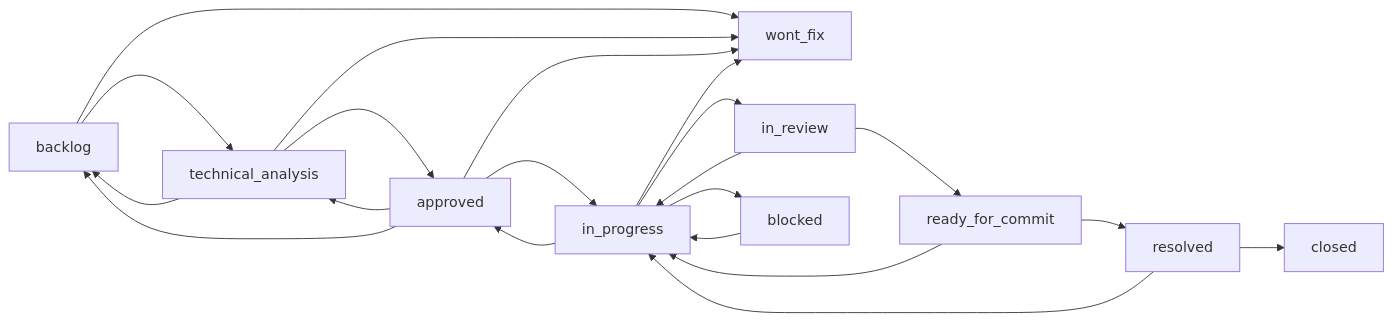
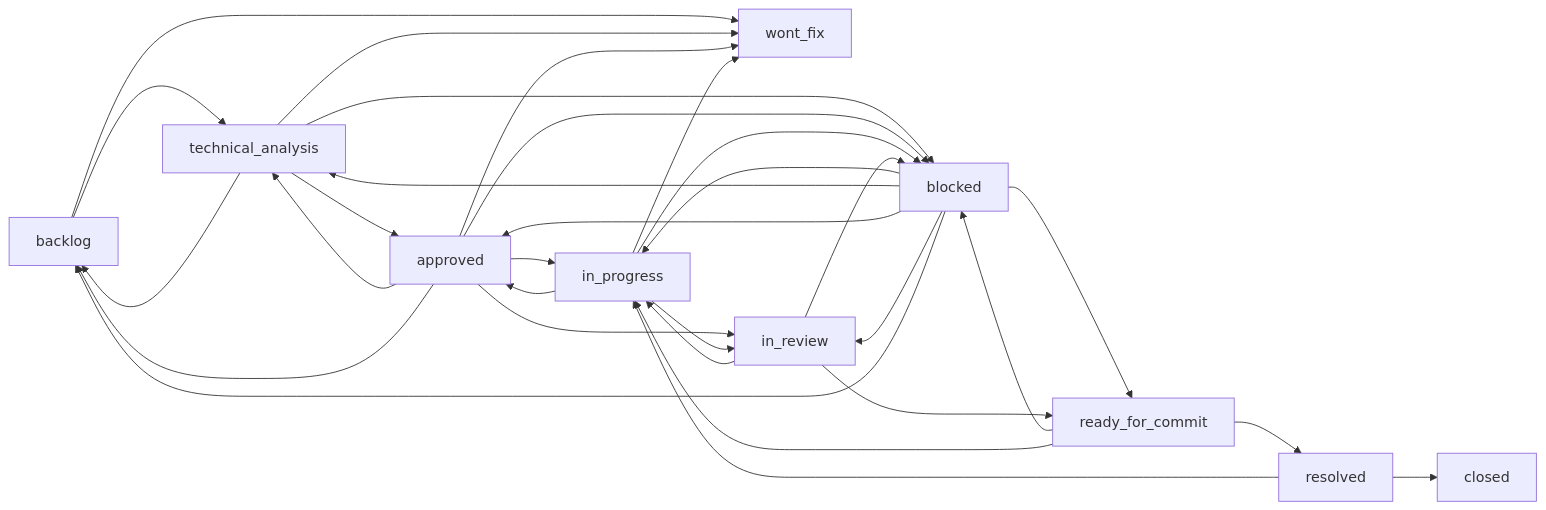
The diagram in docs/ticket-workflow.md (xpm-cmd/Monsthera), drawn with Mermaid before and after one commit. The commit also changed other lines of this file and 27 other files, not shown here.

````diff
--- a/docs/ticket-workflow.md
+++ b/docs/ticket-workflow.md
@@ -31,30 +31,40 @@
 ```mermaid
 flowchart LR
     backlog --> technical_analysis
     backlog --> wont_fix
 
     technical_analysis --> backlog
     technical_analysis --> approved
+    technical_analysis --> blocked
     technical_analysis --> wont_fix
 
     approved --> technical_analysis
     approved --> in_progress
+    approved --> in_review
+    approved --> blocked
     approved --> backlog
     approved --> wont_fix
 
     in_progress --> approved
     in_progress --> in_review
     in_progress --> blocked
     in_progress --> wont_fix
 
+    in_review --> blocked
+    ready_for_commit --> blocked
     blocked --> in_progress
+    blocked --> technical_analysis
+    blocked --> approved
+    blocked --> in_review
+    blocked --> ready_for_commit
+    blocked --> backlog
 
     in_review --> in_progress
     in_review --> ready_for_commit
 
     ready_for_commit --> in_progress
     ready_for_commit --> resolved
 
     resolved --> in_progress
     resolved --> closed
 ```
````
